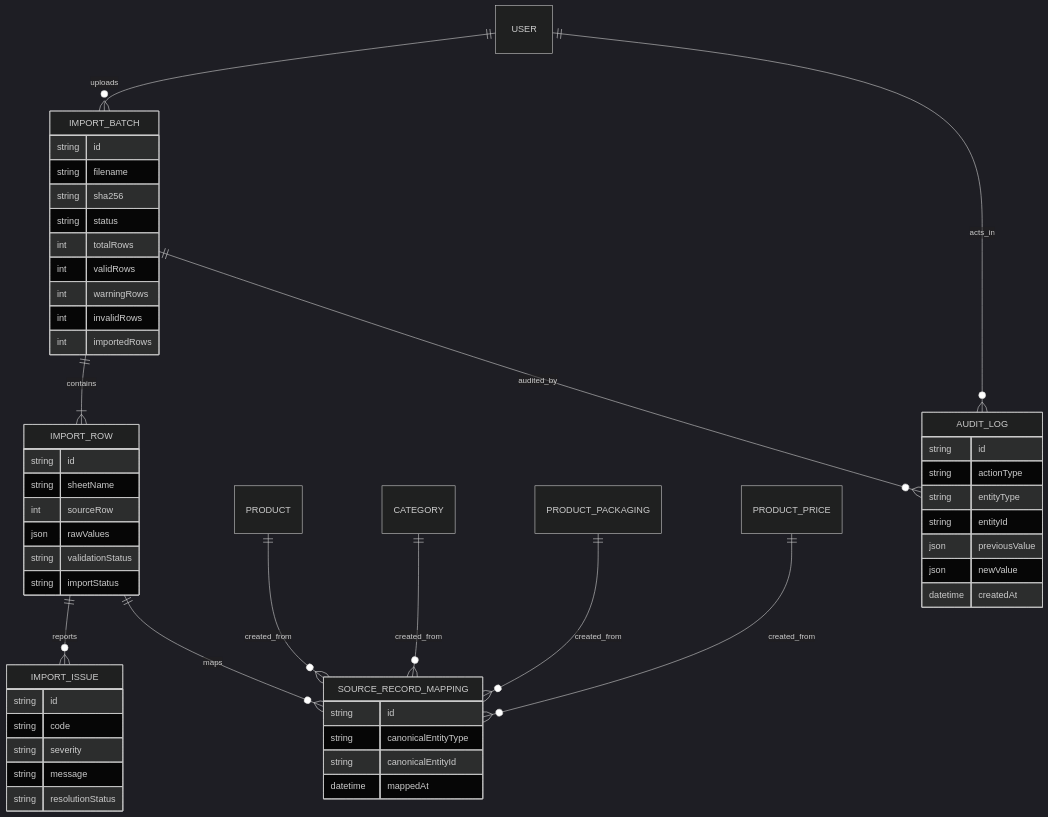
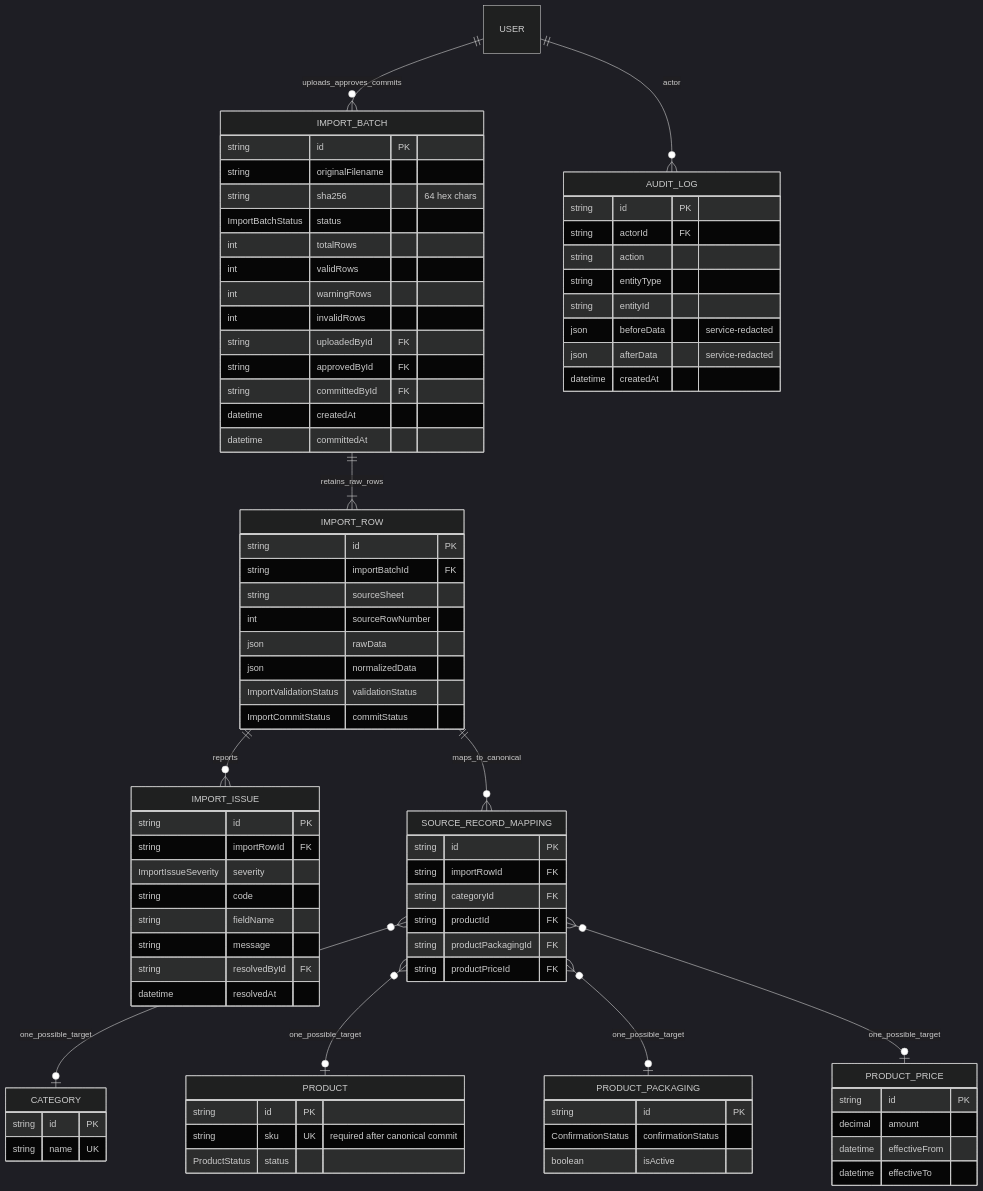
Before and after one commit to ahmed000248/raza-stationers: the diagram in docs/diagrams/erd/imports-audit-erd-v0.1.mmd, drawn with Mermaid (dark theme). The commit also changed 14 other files, not shown here.

Commit message:
docs & db: update Phase 4 physical schema design and diagram specifications

```diff
--- a/docs/diagrams/erd/imports-audit-erd-v0.1.mmd
+++ b/docs/diagrams/erd/imports-audit-erd-v0.1.mmd
@@ -1,58 +1,89 @@
-%% Raza Stationers - Imports and audit conceptual ERD v0.1
-%% Raw rows and validation findings are retained. Only approved rows cross
-%% into canonical data, and every mapping remains traceable to its source.
-
 erDiagram
-    USER ||--o{ IMPORT_BATCH : uploads
-    IMPORT_BATCH ||--|{ IMPORT_ROW : contains
+    USER ||--o{ IMPORT_BATCH : uploads_approves_commits
+    IMPORT_BATCH ||--|{ IMPORT_ROW : retains_raw_rows
     IMPORT_ROW ||--o{ IMPORT_ISSUE : reports
-    IMPORT_ROW ||--o{ SOURCE_RECORD_MAPPING : maps
-    PRODUCT ||--o{ SOURCE_RECORD_MAPPING : created_from
-    CATEGORY ||--o{ SOURCE_RECORD_MAPPING : created_from
-    PRODUCT_PACKAGING ||--o{ SOURCE_RECORD_MAPPING : created_from
-    PRODUCT_PRICE ||--o{ SOURCE_RECORD_MAPPING : created_from
-
-    USER ||--o{ AUDIT_LOG : acts_in
-    IMPORT_BATCH ||--o{ AUDIT_LOG : audited_by
+    IMPORT_ROW ||--o{ SOURCE_RECORD_MAPPING : maps_to_canonical
+    SOURCE_RECORD_MAPPING }o--o| CATEGORY : one_possible_target
+    SOURCE_RECORD_MAPPING }o--o| PRODUCT : one_possible_target
+    SOURCE_RECORD_MAPPING }o--o| PRODUCT_PACKAGING : one_possible_target
+    SOURCE_RECORD_MAPPING }o--o| PRODUCT_PRICE : one_possible_target
+    USER ||--o{ AUDIT_LOG : actor
 
     IMPORT_BATCH {
-        string id
-        string filename
-        string sha256
-        string status
+        string id PK
+        string originalFilename
+        string sha256 "64 hex chars"
+        ImportBatchStatus status
         int totalRows
         int validRows
         int warningRows
         int invalidRows
-        int importedRows
+        string uploadedById FK
+        string approvedById FK
+        string committedById FK
+        datetime createdAt
+        datetime committedAt
     }
     IMPORT_ROW {
-        string id
-        string sheetName
-        int sourceRow
-        json rawValues
-        string validationStatus
-        string importStatus
+        string id PK
+        string importBatchId FK
+        string sourceSheet
+        int sourceRowNumber
+        json rawData
+        json normalizedData
+        ImportValidationStatus validationStatus
+        ImportCommitStatus commitStatus
     }
     IMPORT_ISSUE {
-        string id
+        string id PK
+        string importRowId FK
+        ImportIssueSeverity severity
         string code
-        string severity
+        string fieldName
         string message
-        string resolutionStatus
+        string resolvedById FK
+        datetime resolvedAt
     }
     SOURCE_RECORD_MAPPING {
-        string id
-        string canonicalEntityType
-        string canonicalEntityId
-        datetime mappedAt
+        string id PK
+        string importRowId FK
+        string categoryId FK
+        string productId FK
+        string productPackagingId FK
+        string productPriceId FK
+    }
+    PRODUCT {
+        string id PK
+        string sku UK "required after canonical commit"
+        ProductStatus status
+    }
+    PRODUCT_PACKAGING {
+        string id PK
+        ConfirmationStatus confirmationStatus
+        boolean isActive
+    }
+    PRODUCT_PRICE {
+        string id PK
+        decimal amount
+        datetime effectiveFrom
+        datetime effectiveTo
+    }
+    CATEGORY {
+        string id PK
+        string name UK
     }
     AUDIT_LOG {
-        string id
-        string actionType
+        string id PK
+        string actorId FK
+        string action
         string entityType
         string entityId
-        json previousValue
-        json newValue
+        json beforeData "service-redacted"
+        json afterData "service-redacted"
         datetime createdAt
     }
+
+%% Exactly one SourceRecordMapping target requires a future PostgreSQL CHECK.
+%% Exact duplicate committed SHA-256 values require a future partial unique index.
+%% Staging/history survives canonical transaction rollback.
+%% Prisma does not enforce audit creation, redaction or append-only behaviour.
```
